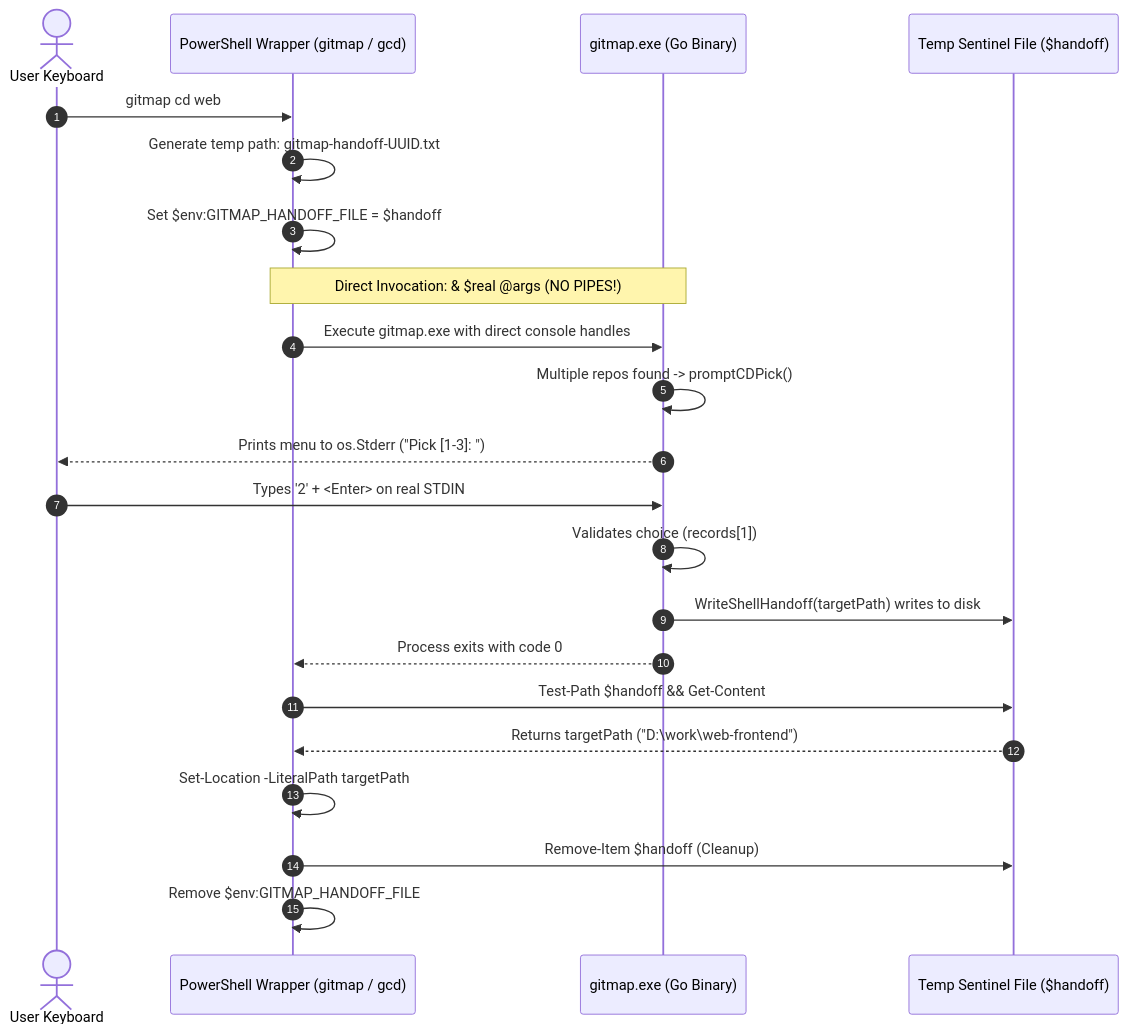
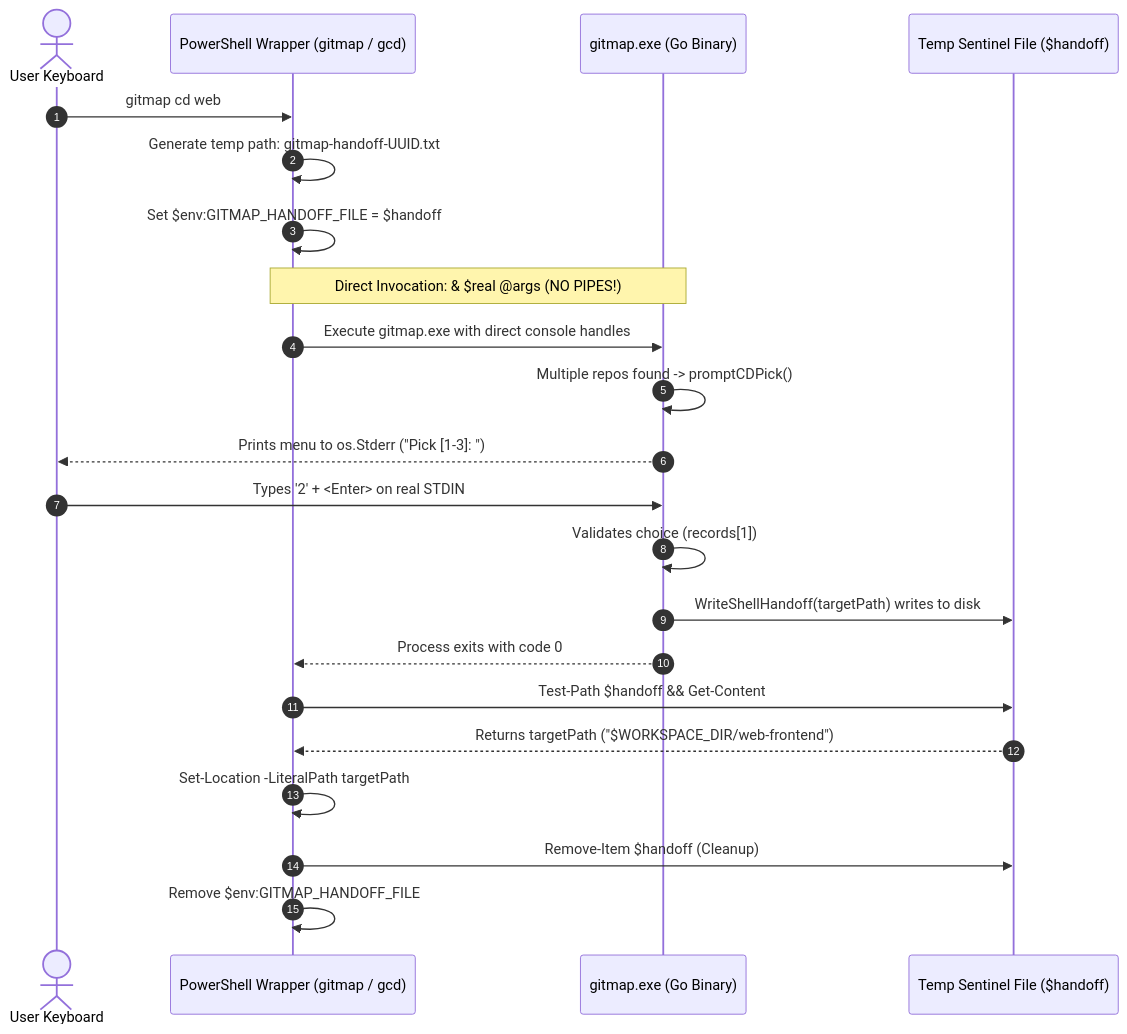
One commit to alimtvnetwork/gitmap-v28 changed the second of 2 diagrams in 02-spec/21-app/216-gitmap-prompting-freeze-and-suggestion-engine-fix/01-architecture-spec.md. Above: the diagram before and after it, drawn with Mermaid. The commit also changed 49 other files, not shown here.

````diff
--- a/02-spec/21-app/216-gitmap-prompting-freeze-and-suggestion-engine-fix/01-architecture-spec.md
+++ b/02-spec/21-app/216-gitmap-prompting-freeze-and-suggestion-engine-fix/01-architecture-spec.md
@@ -145,25 +145,25 @@
 ```mermaid
 sequenceDiagram
     autonumber
     actor User as User Keyboard
     participant PS as PowerShell Wrapper (gitmap / gcd)
     participant Bin as gitmap.exe (Go Binary)
     participant IPC as Temp Sentinel File ($handoff)
 
     User->>PS: gitmap cd web
     PS->>PS: Generate temp path: gitmap-handoff-UUID.txt
     PS->>PS: Set $env:GITMAP_HANDOFF_FILE = $handoff
     Note over PS,Bin: Direct Invocation: & $real @args (NO PIPES!)
     PS->>Bin: Execute gitmap.exe with direct console handles
     Bin->>Bin: Multiple repos found -> promptCDPick()
     Bin-->>User: Prints menu to os.Stderr ("Pick [1-3]: ")
     User->>Bin: Types '2' + <Enter> on real STDIN
     Bin->>Bin: Validates choice (records[1])
     Bin->>IPC: WriteShellHandoff(targetPath) writes to disk
     Bin-->>PS: Process exits with code 0
     PS->>IPC: Test-Path $handoff && Get-Content
-    IPC-->>PS: Returns targetPath ("D:\work\web-frontend")
+    IPC-->>PS: Returns targetPath ("$WORKSPACE_DIR/web-frontend")
     PS->>PS: Set-Location -LiteralPath targetPath
     PS->>IPC: Remove-Item $handoff (Cleanup)
     PS->>PS: Remove $env:GITMAP_HANDOFF_FILE
 ```
````
